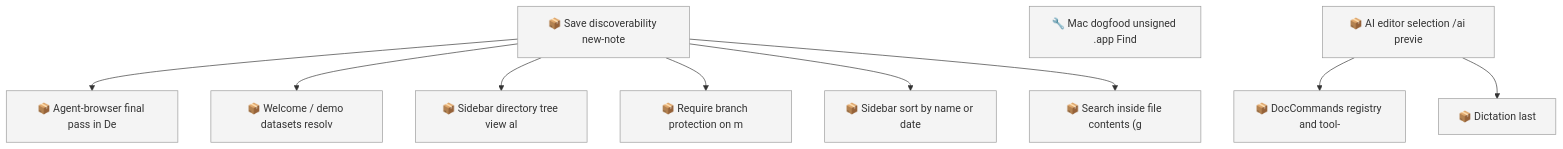
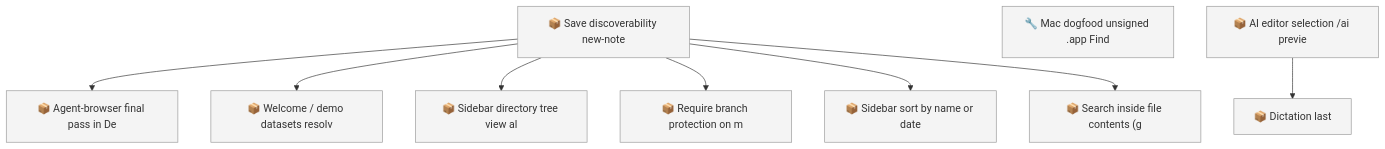
The first of 2 diagrams in docs/roadmap.md (SpillwaveSolutions/motion), drawn with Mermaid before and after one commit. The commit also changed other lines of this file and 28 other files, not shown here.

First line of the commit message:
feat: DocCommands registry and tool-use preview

````diff
--- a/docs/roadmap.md
+++ b/docs/roadmap.md
@@ -78,24 +70,22 @@
 ```mermaid
 graph TD
     01KYQYYN3SBWDT25TC6H3G4EAA["📦 Save discoverability new-note"]
     01KYQYYN3T2SSGG33ESEWPXKH8["📦 Agent-browser final pass in De"]
     01KYQYYN3T3VB8RCTMJJ13FK2H["📦 Welcome / demo datasets resolv"]
     01KYQYYN3T5W49QH05WCCYX7CE["📦 Sidebar directory tree view al"]
     01KYQYYN3T731B57N8NXQ8C0FQ["📦 Require branch protection on m"]
     01KYQYYN3TA69K8848E483HC82["📦 Sidebar sort by name or date"]
     01KYQYYN3TKW93D9SVW07VKFZY["📦 Search inside file contents (g"]
     01M18Q560MPAYQJTA0W6F4DAW3["🔧 Mac dogfood unsigned .app Find"]
-    01M18R79ZM3BMYZ56C7P874YN1["📦 DocCommands registry and tool-"]
     01M18R79ZM90HJ0MBG3CX6VW7E["📦 Dictation last"]
     01M18R79ZMN53CMV76JFHKVEFN["📦 AI editor selection /ai previe"]
     01KYQYYN3SBWDT25TC6H3G4EAA --> 01KYQYYN3T2SSGG33ESEWPXKH8
     01KYQYYN3SBWDT25TC6H3G4EAA --> 01KYQYYN3T3VB8RCTMJJ13FK2H
     01KYQYYN3SBWDT25TC6H3G4EAA --> 01KYQYYN3T5W49QH05WCCYX7CE
     01KYQYYN3SBWDT25TC6H3G4EAA --> 01KYQYYN3T731B57N8NXQ8C0FQ
     01KYQYYN3SBWDT25TC6H3G4EAA --> 01KYQYYN3TA69K8848E483HC82
     01KYQYYN3SBWDT25TC6H3G4EAA --> 01KYQYYN3TKW93D9SVW07VKFZY
-    01M18R79ZMN53CMV76JFHKVEFN --> 01M18R79ZM3BMYZ56C7P874YN1
     01M18R79ZMN53CMV76JFHKVEFN --> 01M18R79ZM90HJ0MBG3CX6VW7E
     classDef todo fill:#f4f4f4,stroke:#999999
-    class 01KYQYYN3SBWDT25TC6H3G4EAA,01KYQYYN3T2SSGG33ESEWPXKH8,01KYQYYN3T3VB8RCTMJJ13FK2H,01KYQYYN3T5W49QH05WCCYX7CE,01KYQYYN3T731B57N8NXQ8C0FQ,01KYQYYN3TA69K8848E483HC82,01KYQYYN3TKW93D9SVW07VKFZY,01M18Q560MPAYQJTA0W6F4DAW3,01M18R79ZM3BMYZ56C7P874YN1,01M18R79ZM90HJ0MBG3CX6VW7E,01M18R79ZMN53CMV76JFHKVEFN todo
+    class 01KYQYYN3SBWDT25TC6H3G4EAA,01KYQYYN3T2SSGG33ESEWPXKH8,01KYQYYN3T3VB8RCTMJJ13FK2H,01KYQYYN3T5W49QH05WCCYX7CE,01KYQYYN3T731B57N8NXQ8C0FQ,01KYQYYN3TA69K8848E483HC82,01KYQYYN3TKW93D9SVW07VKFZY,01M18Q560MPAYQJTA0W6F4DAW3,01M18R79ZM90HJ0MBG3CX6VW7E,01M18R79ZMN53CMV76JFHKVEFN todo
 ```
````
